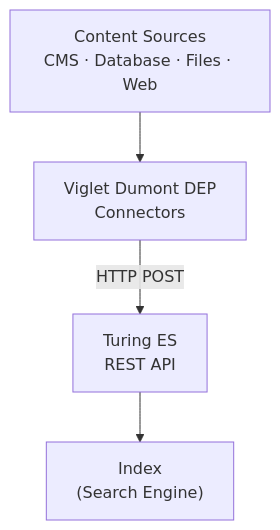
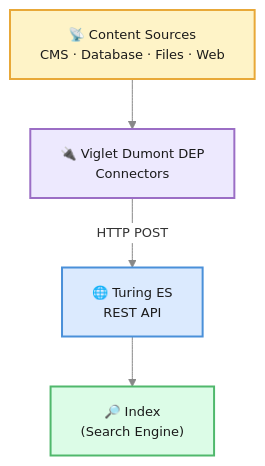
The first of 2 diagrams in docs-turing/getting-started/core-concepts.md (openviglet/docs), drawn with Mermaid before and after one commit. The commit also changed other lines of this file and 49 other files, not shown here.

First line of the commit message:
Standardize Mermaid diagrams and conventions

````diff
--- a/docs-turing/getting-started/core-concepts.md
+++ b/docs-turing/getting-started/core-concepts.md
@@ -36,11 +36,22 @@
 ```mermaid
+%%{init: {'theme': 'base', 'themeVariables': {'fontSize': '13px', 'primaryColor': '#fff', 'primaryBorderColor': '#c0c0c0', 'lineColor': '#888', 'textColor': '#333'}}}%%
 graph TB
-    SRC["Content Sources\nCMS · Database · Files · Web"]
-    DEP["Viglet Dumont DEP\nConnectors"]
-    TES["Turing ES\nREST API"]
-    IDX["Index\n(Search Engine)"]
+    SRC["📡 Content Sources\nCMS · Database · Files · Web"]
+    DEP["🔌 Viglet Dumont DEP\nConnectors"]
+    TES["🌐 Turing ES\nREST API"]
+    IDX["🔎 Index\n(Search Engine)"]
 
     SRC --> DEP
     DEP -->|"HTTP POST"| TES
     TES --> IDX
+
+    classDef blue fill:#dbeafe,stroke:#4A90D9,stroke-width:2px,color:#1a1a1a
+    classDef green fill:#dcfce7,stroke:#50B86C,stroke-width:2px,color:#1a1a1a
+    classDef purple fill:#ede9fe,stroke:#9B6EC5,stroke-width:2px,color:#1a1a1a
+    classDef amber fill:#fef3c7,stroke:#E8A838,stroke-width:2px,color:#1a1a1a
+
+    class SRC amber
+    class DEP purple
+    class TES blue
+    class IDX green
 ```
````
